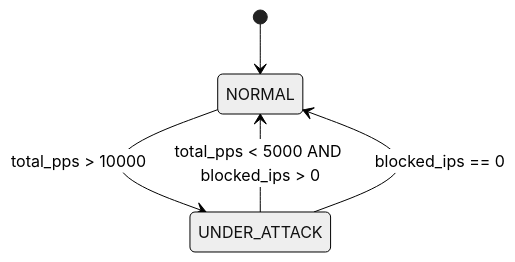
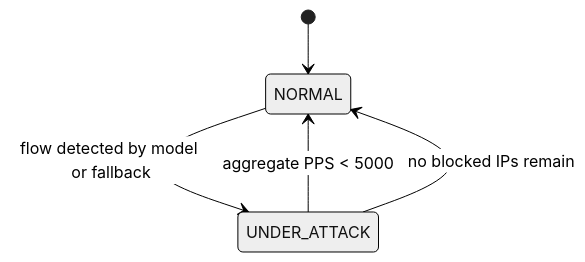
The fifth of 5 diagrams in docs/ARCHITECTURE.md (botvecna47/SDN-Based-DDoS-Mitigation), drawn with Mermaid (neutral theme) before and after one commit. The commit also changed other lines of this file and 27 other files, not shown here.

````diff
--- a/docs/ARCHITECTURE.md
+++ b/docs/ARCHITECTURE.md
@@ -98,7 +98,7 @@
 ```mermaid
 stateDiagram-v2
     [*] --> NORMAL
-    NORMAL --> UNDER_ATTACK : total_pps > 10000
-    UNDER_ATTACK --> NORMAL : total_pps < 5000 AND blocked_ips > 0
-    UNDER_ATTACK --> NORMAL : blocked_ips == 0
+    NORMAL --> UNDER_ATTACK : flow detected by model or fallback
+    UNDER_ATTACK --> NORMAL : aggregate PPS < 5000
+    UNDER_ATTACK --> NORMAL : no blocked IPs remain
 ```
````
